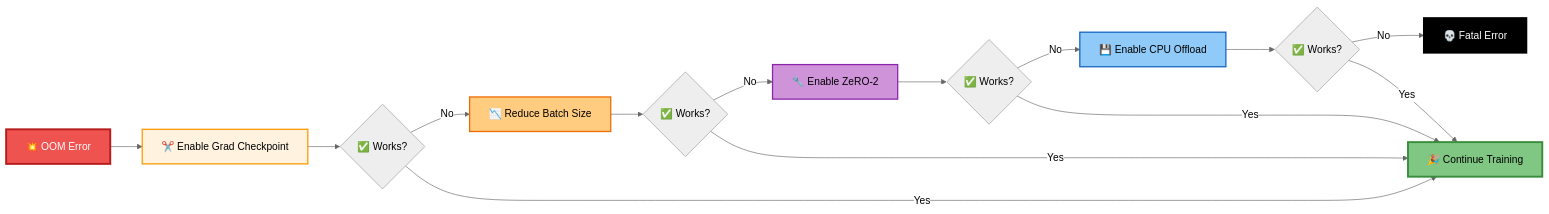
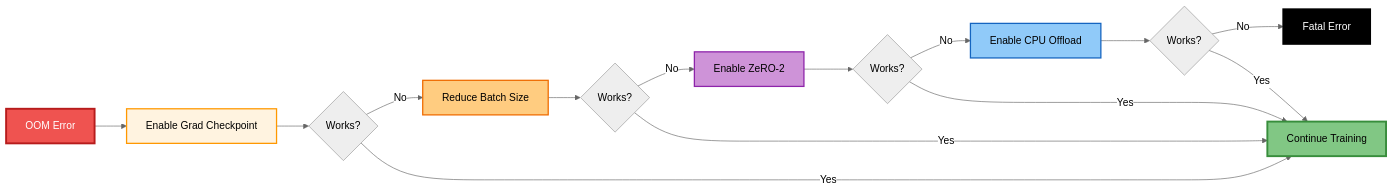
The tenth of 23 diagrams in code/docs/FLOWCHARTS_VISUAL.md (Pizzaman213/Ava_AI), drawn with Mermaid (neutral theme) before and after one commit. The commit also changed other lines of this file and 215 other files, not shown here.

````diff
--- a/code/docs/FLOWCHARTS_VISUAL.md
+++ b/code/docs/FLOWCHARTS_VISUAL.md
@@ -301,24 +301,24 @@
 ```mermaid
 graph LR
-    A[💥 OOM Error] --> B[✂️ Enable Grad Checkpoint]
-    B --> C{✅ Works?}
-    C -->|No| D[📉 Reduce Batch Size]
-    C -->|Yes| E[🎉 Continue Training]
-    D --> F{✅ Works?}
-    F -->|No| G[🔧 Enable ZeRO-2]
+    A[ OOM Error] --> B[ Enable Grad Checkpoint]
+    B --> C{ Works?}
+    C -->|No| D[ Reduce Batch Size]
+    C -->|Yes| E[ Continue Training]
+    D --> F{ Works?}
+    F -->|No| G[ Enable ZeRO-2]
     F -->|Yes| E
-    G --> H{✅ Works?}
-    H -->|No| I[💾 Enable CPU Offload]
+    G --> H{ Works?}
+    H -->|No| I[ Enable CPU Offload]
     H -->|Yes| E
-    I --> J{✅ Works?}
-    J -->|No| K[💀 Fatal Error]
+    I --> J{ Works?}
+    J -->|No| K[ Fatal Error]
     J -->|Yes| E
 
     style A fill:#EF5350,stroke:#B71C1C,stroke-width:3px,color:#fff
     style B fill:#FFF3E0,stroke:#FF9800,stroke-width:2px
     style D fill:#FFCC80,stroke:#EF6C00,stroke-width:2px
     style G fill:#CE93D8,stroke:#8E24AA,stroke-width:2px
     style I fill:#90CAF9,stroke:#1565C0,stroke-width:2px
     style E fill:#81C784,stroke:#388E3C,stroke-width:3px
     style K fill:#000,stroke:#000,stroke-width:3px,color:#fff
 ```
````
